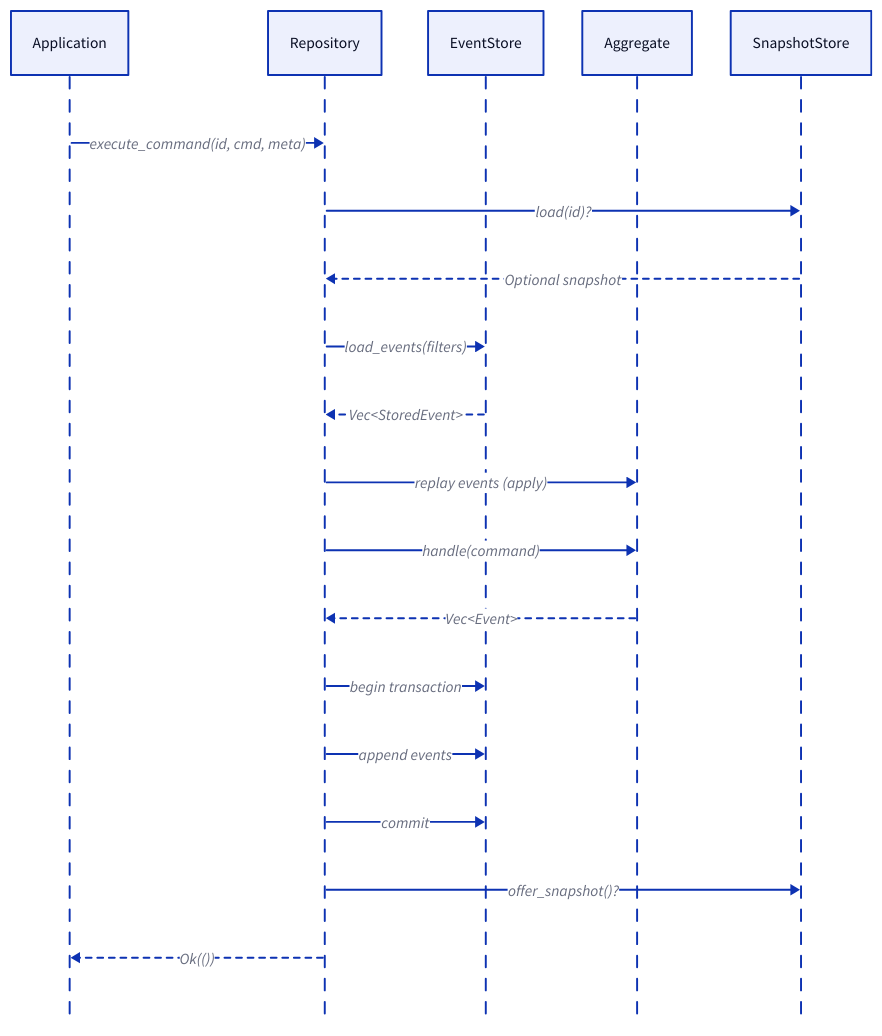
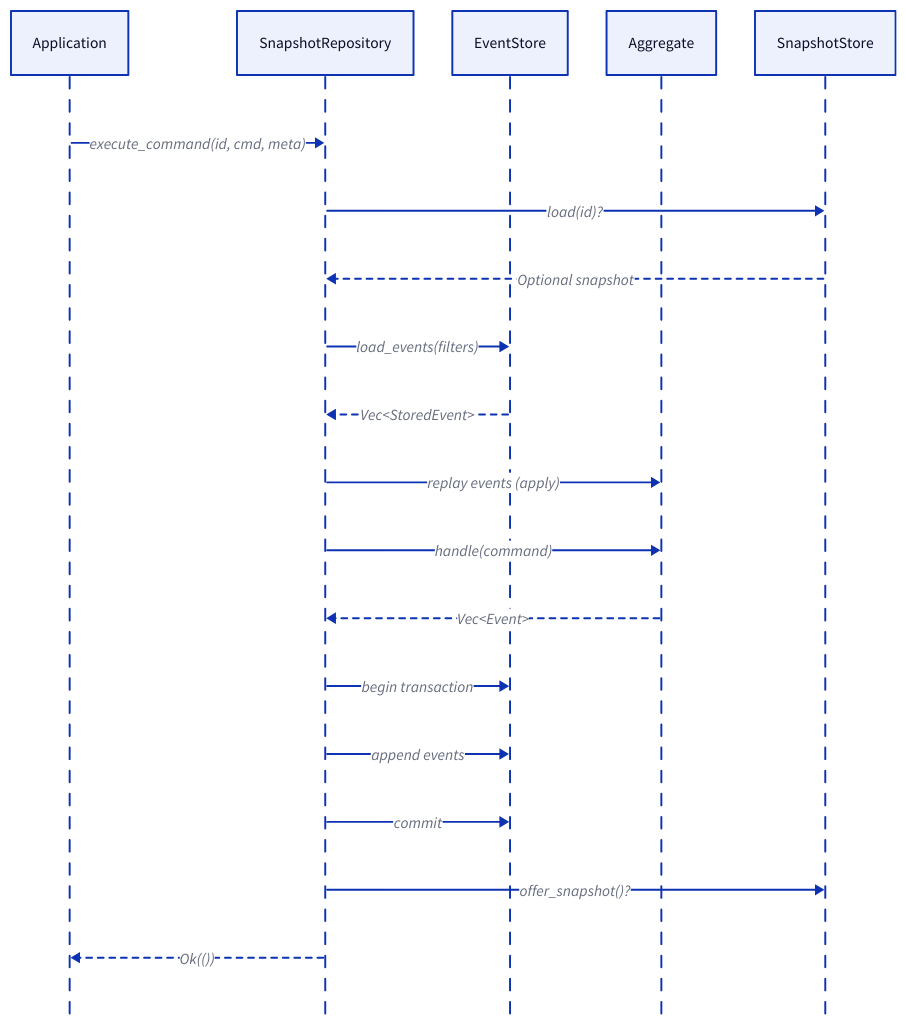
One commit to danieleades/event-sourcing changed the third of 4 diagrams in docs/src/concepts/architecture.md. Above: the diagram before and after it, drawn with D2. The commit also changed other lines of this file and 36 other files, not shown here.

````diff
--- a/docs/src/concepts/architecture.md
+++ b/docs/src/concepts/architecture.md
@@ -63,23 +64,23 @@
 ```d2
 shape: sequence_diagram
 
 App: Application
-Repo: Repository
+Repo: SnapshotRepository
 Store: EventStore
 Agg: Aggregate
 Snap: SnapshotStore
 
 App -> Repo: "execute_command(id, cmd, meta)"
 Repo -> Snap: "load(id)?"
 Snap -> Repo: "Optional snapshot" {style.stroke-dash: 3}
 Repo -> Store: "load_events(filters)"
 Store -> Repo: "Vec<StoredEvent>" {style.stroke-dash: 3}
 Repo -> Agg: "replay events (apply)"
 Repo -> Agg: "handle(command)"
 Agg -> Repo: "Vec<Event>" {style.stroke-dash: 3}
 Repo -> Store: "begin transaction"
 Repo -> Store: "append events"
 Repo -> Store: "commit"
 Repo -> Snap: "offer_snapshot()?"
 Repo -> App: "Ok(())" {style.stroke-dash: 3}
 ```
````
